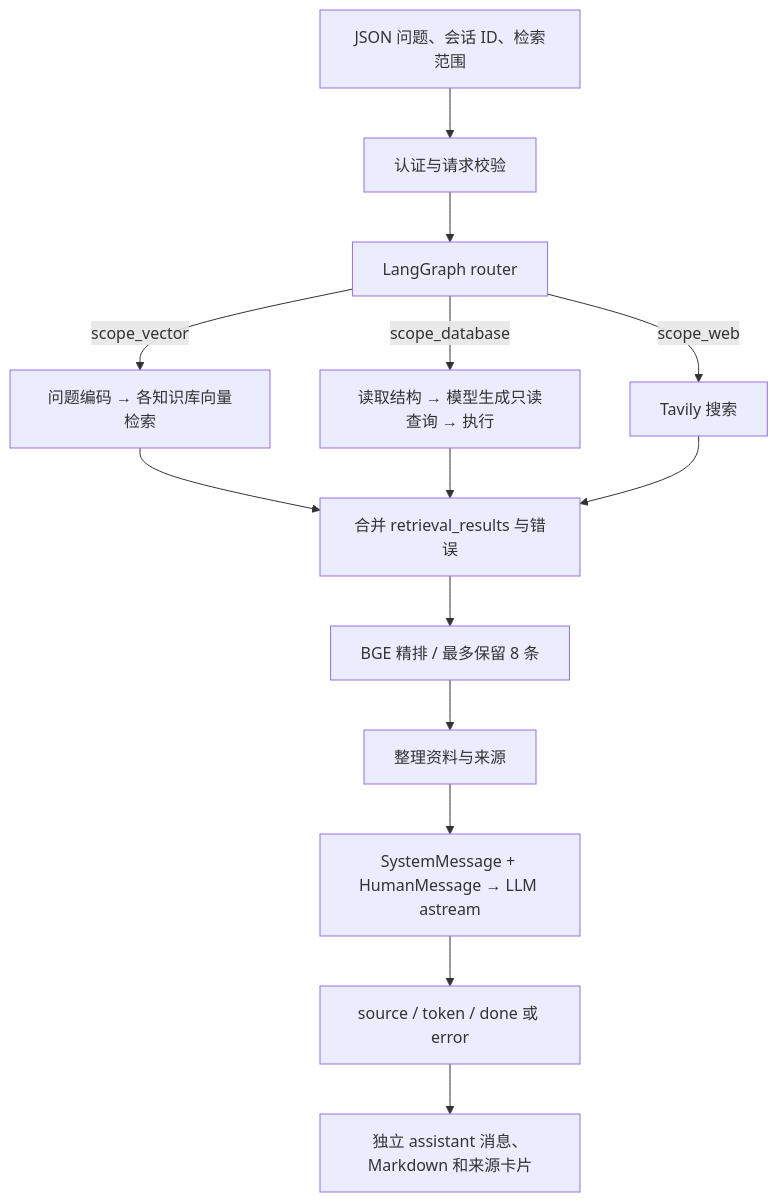
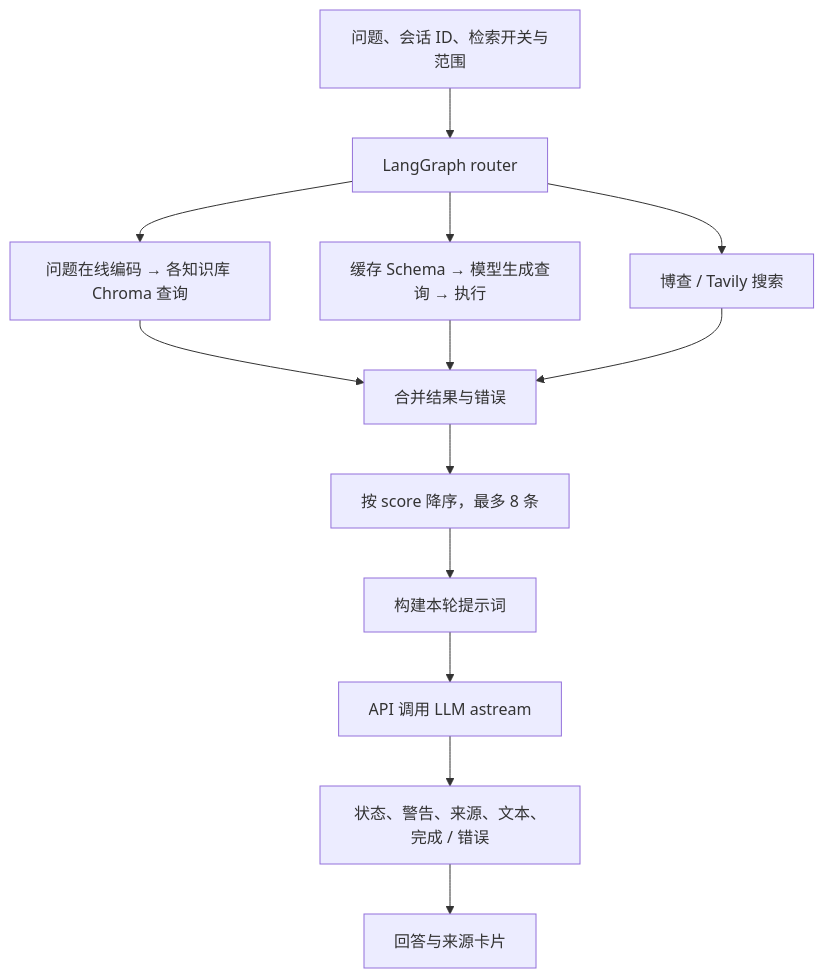
The third of 3 diagrams in README.md (tomkluas/EnterpriseRag), drawn with Mermaid before and after one commit. The commit also changed other lines of this file and 136 other files, not shown here.

````diff
--- a/README.md
+++ b/README.md
@@ -124,16 +187,15 @@
 ```mermaid
 flowchart TD
-    Request[JSON 问题、会话 ID、检索范围] --> Validate[认证与请求校验]
-    Validate --> Router[LangGraph router]
-    Router -->|scope_vector| Vector[问题编码 → 各知识库向量检索]
-    Router -->|scope_database| DB[读取结构 → 模型生成只读查询 → 执行]
-    Router -->|scope_web| Web[Tavily 搜索]
-    Vector --> Merge[合并 retrieval_results 与错误]
+    Request[问题、会话 ID、检索开关与范围] --> Router[LangGraph router]
+    Router --> Vector[问题在线编码 → 各知识库 Chroma 查询]
+    Router --> DB[缓存 Schema → 模型生成查询 → 执行]
+    Router --> Web[博查 / Tavily 搜索]
+    Vector --> Merge[合并结果与错误]
     DB --> Merge
     Web --> Merge
-    Merge --> Rerank[BGE 精排 / 最多保留 8 条]
-    Rerank --> Context[整理资料与来源]
-    Context --> Model[SystemMessage + HumanMessage → LLM astream]
-    Model --> SSE[source / token / done 或 error]
-    SSE --> UI[独立 assistant 消息、Markdown 和来源卡片]
+    Merge --> Sort[按 score 降序，最多 8 条]
+    Sort --> Prompt[构建本轮提示词]
+    Prompt --> Stream[API 调用 LLM astream]
+    Stream --> SSE[状态、警告、来源、文本、完成 / 错误]
+    SSE --> UI[回答与来源卡片]
 ```
````
